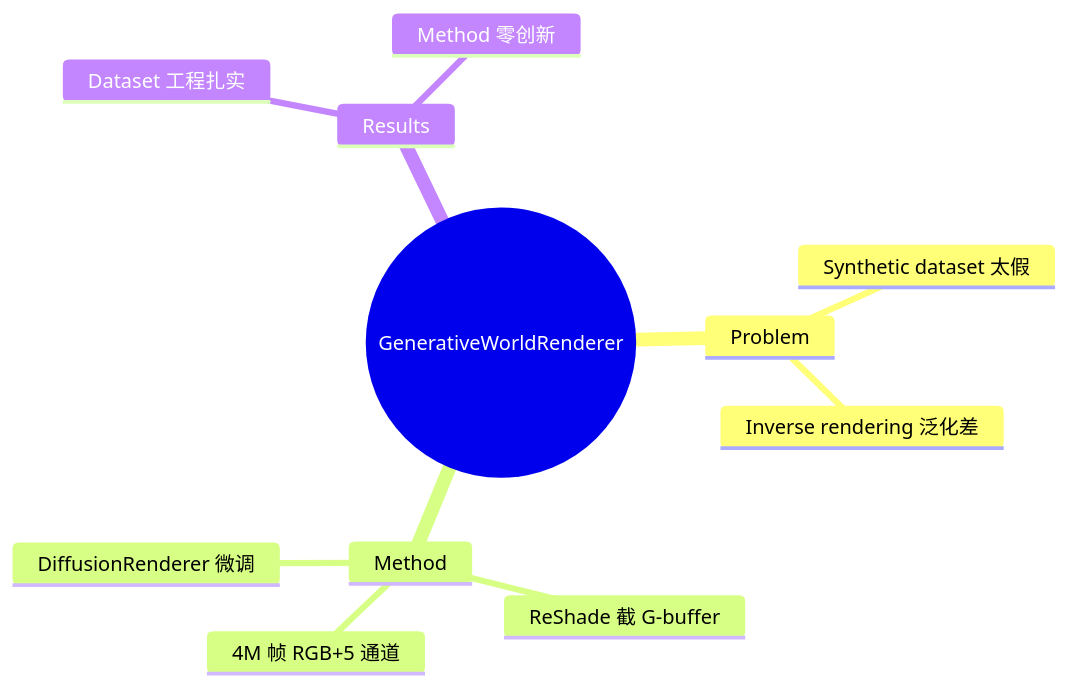
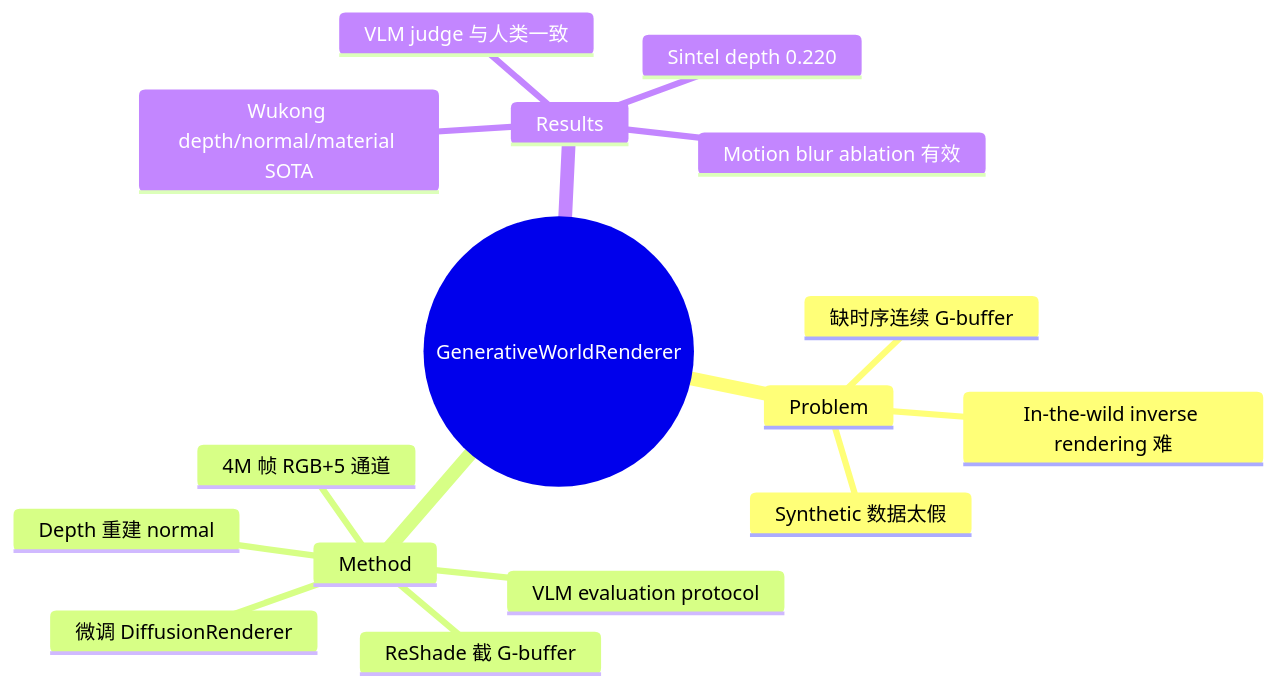
One commit to Kendrick-Stein/MCISLAB_DeepRead changed the diagram in Papers/2604-GenerativeWorldRenderer.md. Above: the diagram before and after it, drawn with Mermaid. The commit also changed other lines of this file and 21 other files, not shown here.

````diff
--- a/Papers/2604-GenerativeWorldRenderer.md
+++ b/Papers/2604-GenerativeWorldRenderer.md
@@ -55,14 +76,19 @@
 ```mermaid
 mindmap
   root((GenerativeWorldRenderer))
     Problem
-      Synthetic dataset 太假
-      Inverse rendering 泛化差
+      Synthetic 数据太假
+      缺时序连续 G-buffer
+      In-the-wild inverse rendering 难
     Method
       ReShade 截 G-buffer
       4M 帧 RGB+5 通道
-      DiffusionRenderer 微调
+      Depth 重建 normal
+      微调 DiffusionRenderer
+      VLM evaluation protocol
     Results
-      Dataset 工程扎实
-      Method 零创新
+      Wukong depth/normal/material SOTA
+      Sintel depth 0.220
+      VLM judge 与人类一致
+      Motion blur ablation 有效
 ```
````
